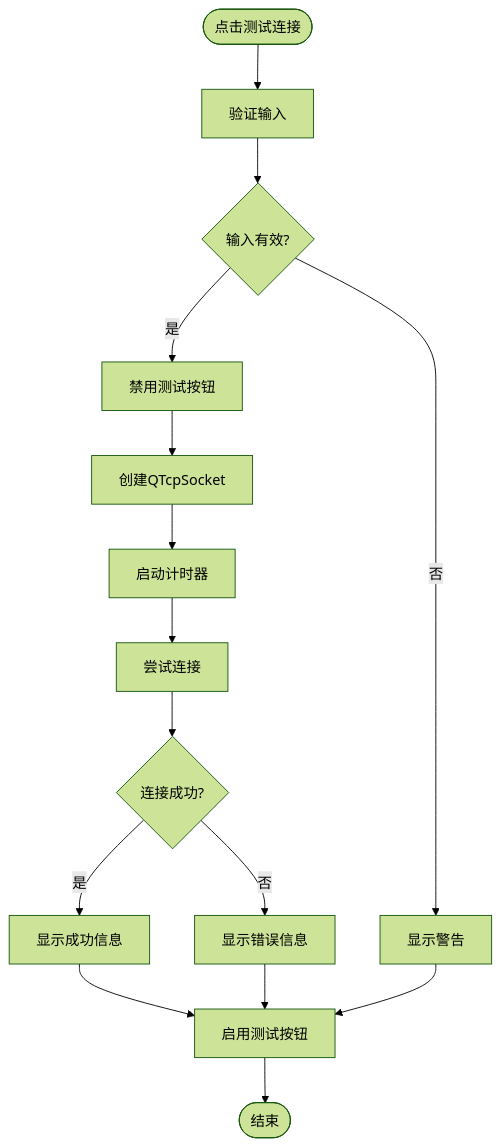
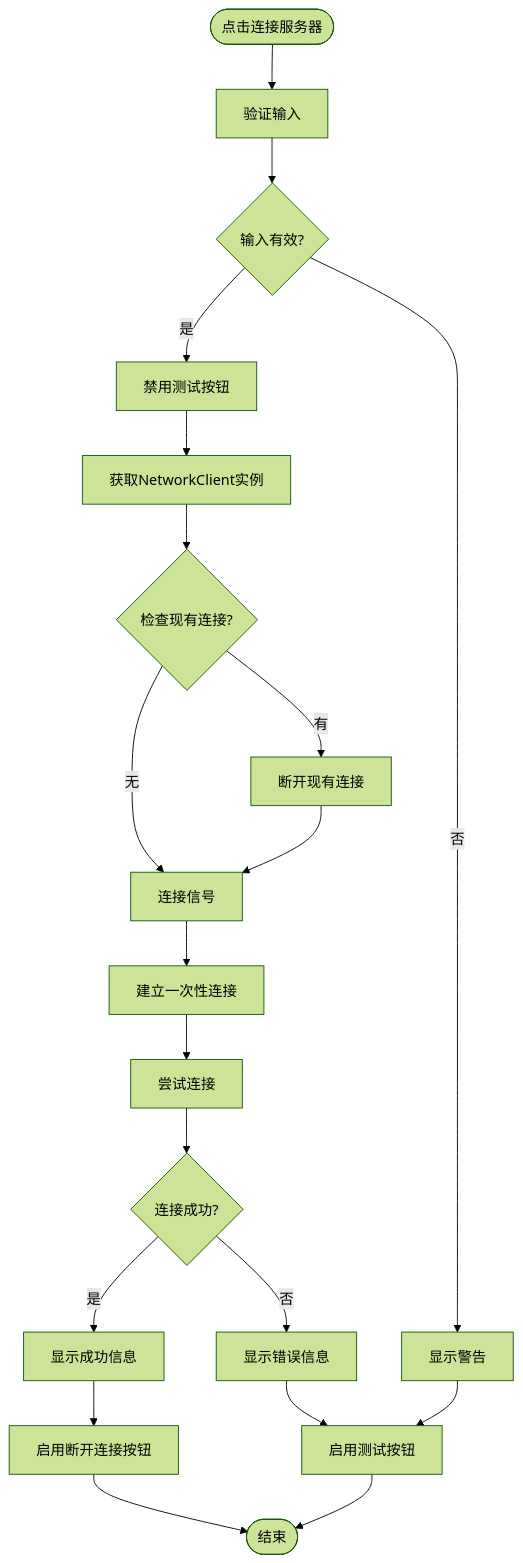
Before and after one commit to HeQiTZD/Triple-terminal-Attendance-Punching-System: the sixth of 8 diagrams in .qoder/repowiki/zh/content/用户界面设计/设置窗口.md, drawn with Mermaid (forest theme). The commit also changed other lines of this file and 18 other files, not shown here.

````diff
--- a/.qoder/repowiki/zh/content/用户界面设计/设置窗口.md
+++ b/.qoder/repowiki/zh/content/用户界面设计/设置窗口.md
@@ -293,17 +335,22 @@
 ```mermaid
 flowchart TD
-Start([点击测试连接]) --> Validate[验证输入]
+Start([点击连接服务器]) --> Validate[验证输入]
 Validate --> Valid{输入有效?}
 Valid --> |否| ShowWarning[显示警告]
 Valid --> |是| DisableBtn[禁用测试按钮]
-DisableBtn --> CreateSocket[创建QTcpSocket]
-CreateSocket --> StartTimer[启动计时器]
-StartTimer --> Connect[尝试连接]
-Connect --> Connected{连接成功?}
+DisableBtn --> GetInstance[获取NetworkClient实例]
+GetInstance --> CheckExisting{检查现有连接?}
+CheckExisting --> |有| DisconnectExisting[断开现有连接]
+CheckExisting --> |无| ConnectSignals[连接信号]
+DisconnectExisting --> ConnectSignals
+ConnectSignals --> CreateConnection[建立一次性连接]
+CreateConnection --> TryConnect[尝试连接]
+TryConnect --> Connected{连接成功?}
 Connected --> |是| Success[显示成功信息]
 Connected --> |否| Error[显示错误信息]
-Success --> EnableBtn[启用测试按钮]
-Error --> EnableBtn
+Success --> EnableDisconnect[启用断开连接按钮]
+Error --> EnableBtn[启用测试按钮]
 ShowWarning --> EnableBtn
-EnableBtn --> End([结束])
+EnableDisconnect --> End([结束])
+EnableBtn --> End
 ```
````
